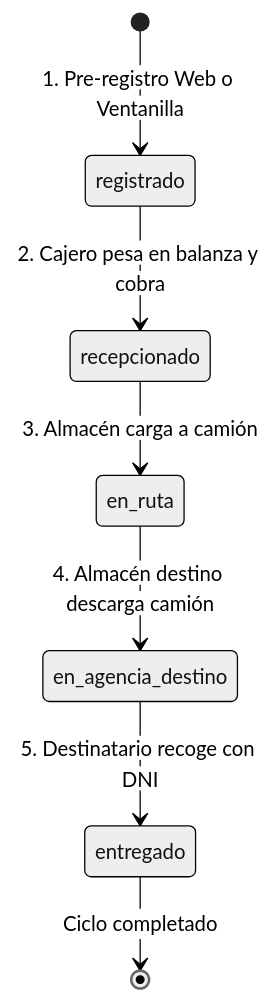
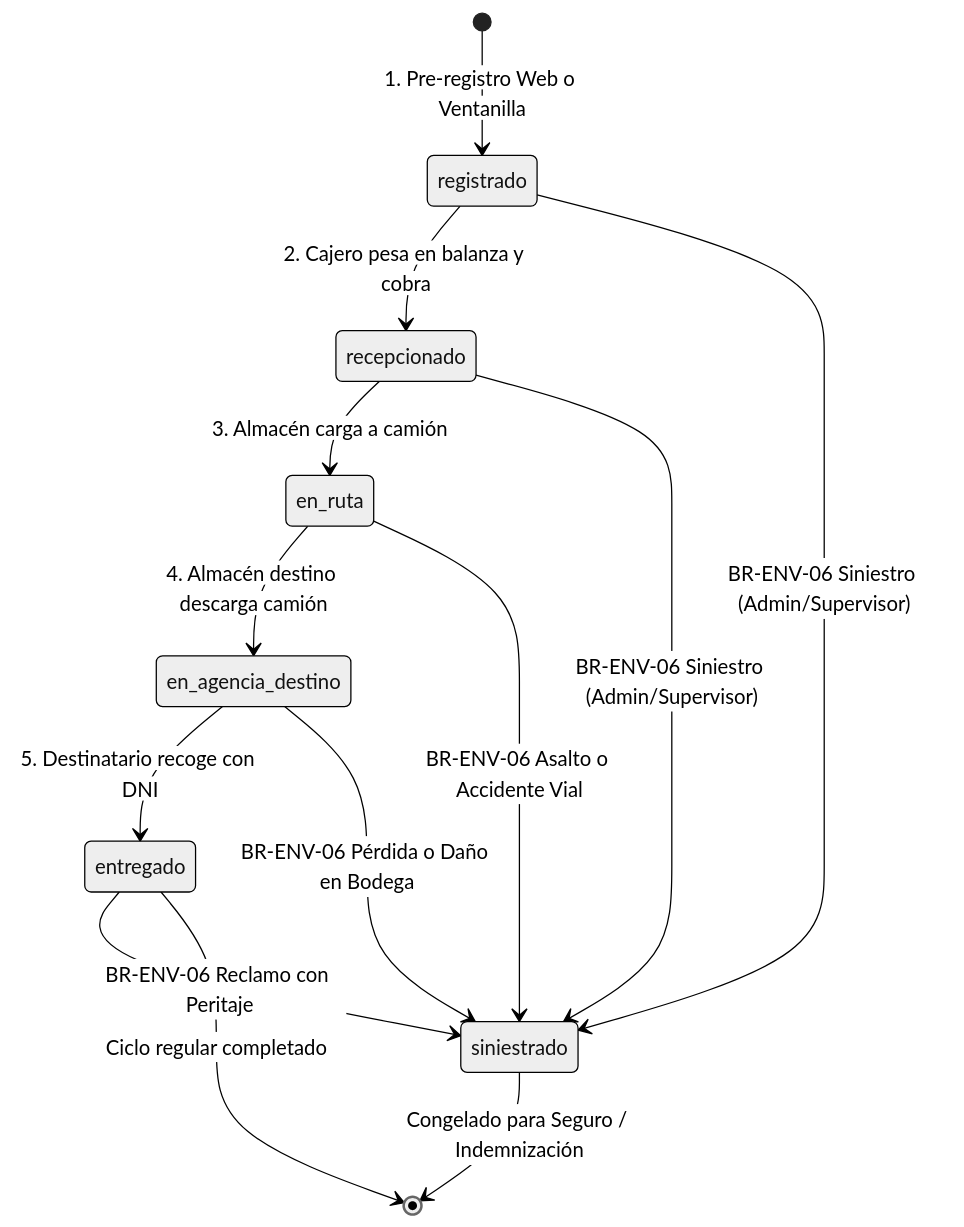
The diagram in docs/flujos-exposicion/02-flujo-envio-agencia-agencia.md (Luisisma/CargaExpressBackend), drawn with Mermaid (neutral theme) before and after one commit. The commit also changed other lines of this file and 59 other files, not shown here.

````diff
--- a/docs/flujos-exposicion/02-flujo-envio-agencia-agencia.md
+++ b/docs/flujos-exposicion/02-flujo-envio-agencia-agencia.md
@@ -39,9 +39,17 @@
 ```mermaid
 stateDiagram-v2
     [*] --> registrado: 1. Pre-registro Web o Ventanilla
     registrado --> recepcionado: 2. Cajero pesa en balanza y cobra
     recepcionado --> en_ruta: 3. Almacén carga a camión
     en_ruta --> en_agencia_destino: 4. Almacén destino descarga camión
     en_agencia_destino --> entregado: 5. Destinatario recoge con DNI
-    entregado --> [*]: Ciclo completado
+    
+    registrado --> siniestrado: BR-ENV-06 Siniestro (Admin/Supervisor)
+    recepcionado --> siniestrado: BR-ENV-06 Siniestro (Admin/Supervisor)
+    en_ruta --> siniestrado: BR-ENV-06 Asalto o Accidente Vial
+    en_agencia_destino --> siniestrado: BR-ENV-06 Pérdida o Daño en Bodega
+    entregado --> siniestrado: BR-ENV-06 Reclamo con Peritaje
+
+    entregado --> [*]: Ciclo regular completado
+    siniestrado --> [*]: Congelado para Seguro / Indemnización
 ```
````
